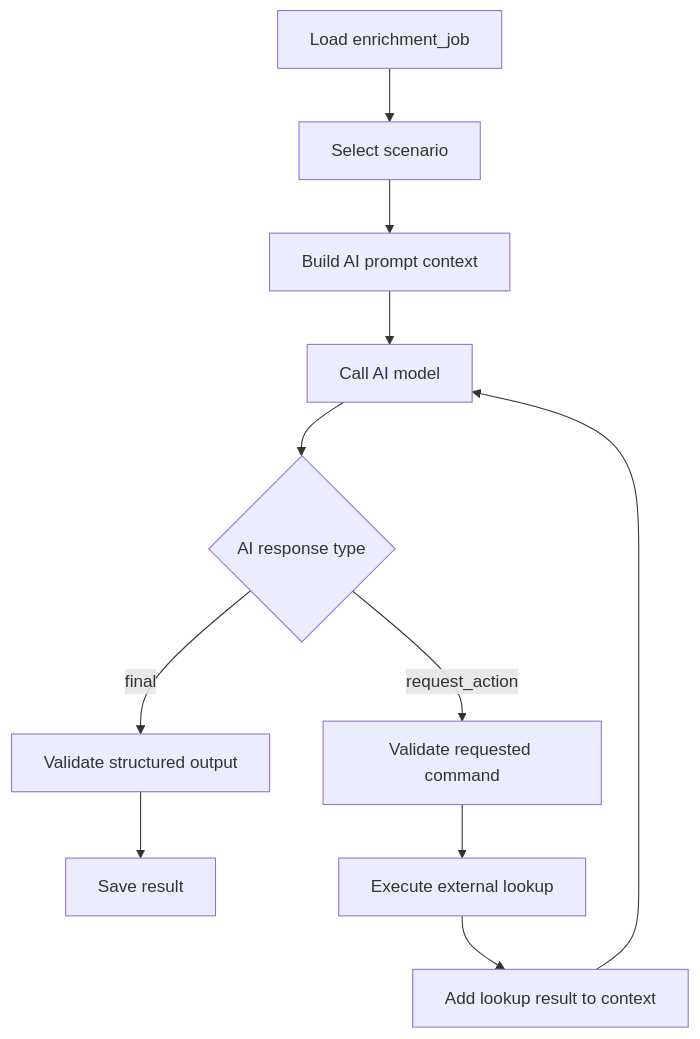
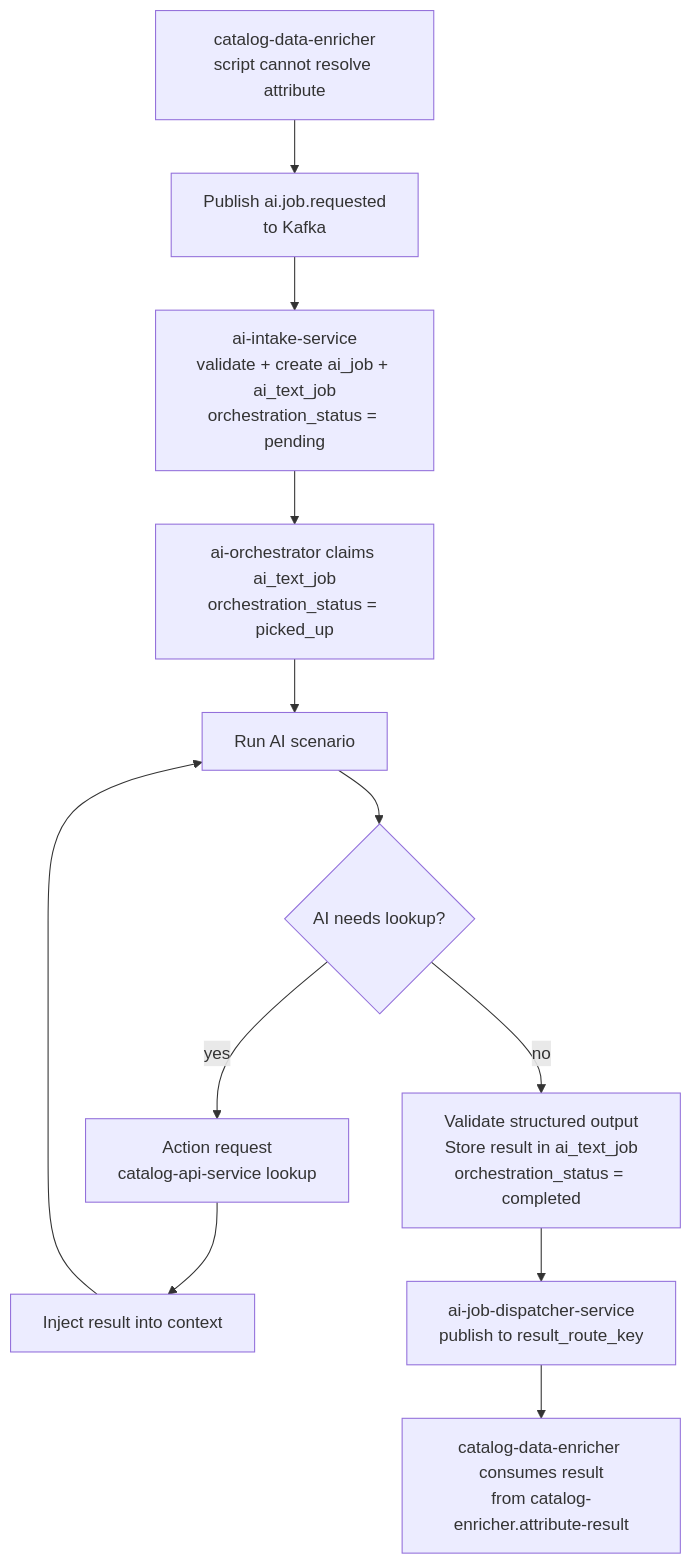
Before and after one commit to MafiaCoconut/Monstrino: the second of 6 diagrams in monstrino-docs/docs/pipelines/data-ingestion/catalog-ingest/04-ai-orchestrator.md, drawn with Mermaid. The commit also changed other lines of this file and 68 other files, not shown here.

````diff
--- a/monstrino-docs/docs/pipelines/data-ingestion/catalog-ingest/04-ai-orchestrator.md
+++ b/monstrino-docs/docs/pipelines/data-ingestion/catalog-ingest/04-ai-orchestrator.md
@@ -116,15 +96,14 @@
 ```mermaid
 flowchart TD
-    A[Load enrichment_job] --> B[Select scenario]
-    B --> C[Build AI prompt context]
-    C --> D[Call AI model]
-    D --> E{AI response type}
-
-    E -->|final| F[Validate structured output]
-    F --> G[Save result]
-
-    E -->|request_action| H[Validate requested command]
-    H --> I[Execute external lookup]
-    I --> J[Add lookup result to context]
-    J --> D
+    A[catalog-data-enricher<br/>script cannot resolve attribute] --> B[Publish ai.job.requested<br/>to Kafka]
+    B --> C[ai-intake-service<br/>validate + create ai_job + ai_text_job<br/>orchestration_status = pending]
+    C --> D[ai-orchestrator claims ai_text_job<br/>orchestration_status = picked_up]
+    D --> E[Run AI scenario]
+    E --> F{AI needs lookup?}
+    F -->|yes| G[Action request<br/>catalog-api-service lookup]
+    G --> H[Inject result into context]
+    H --> E
+    F -->|no| I[Validate structured output<br/>Store result in ai_text_job<br/>orchestration_status = completed]
+    I --> J[ai-job-dispatcher-service<br/>publish to result_route_key]
+    J --> K[catalog-data-enricher consumes result<br/>from catalog-enricher.attribute-result]
 ```
````
